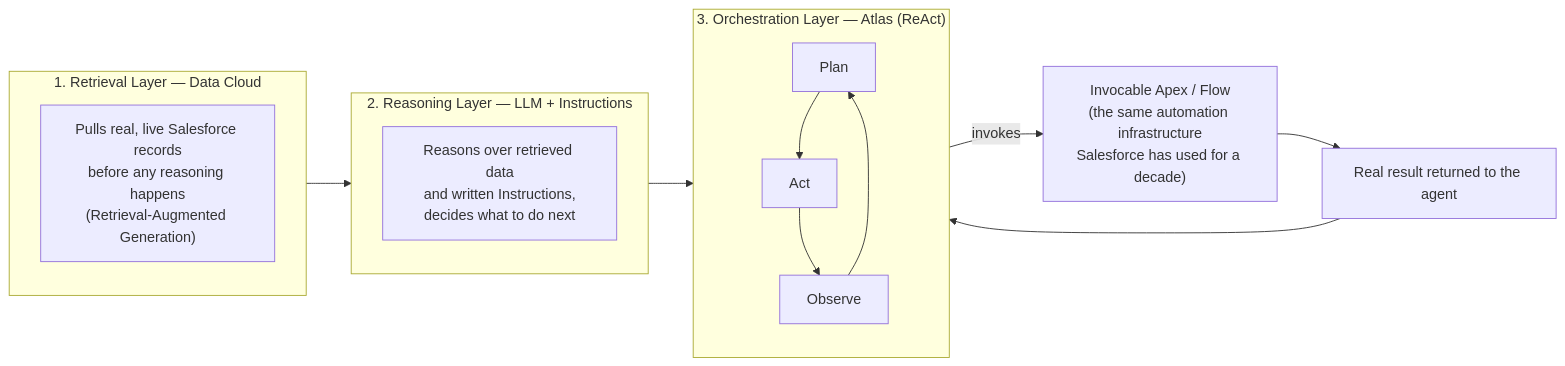
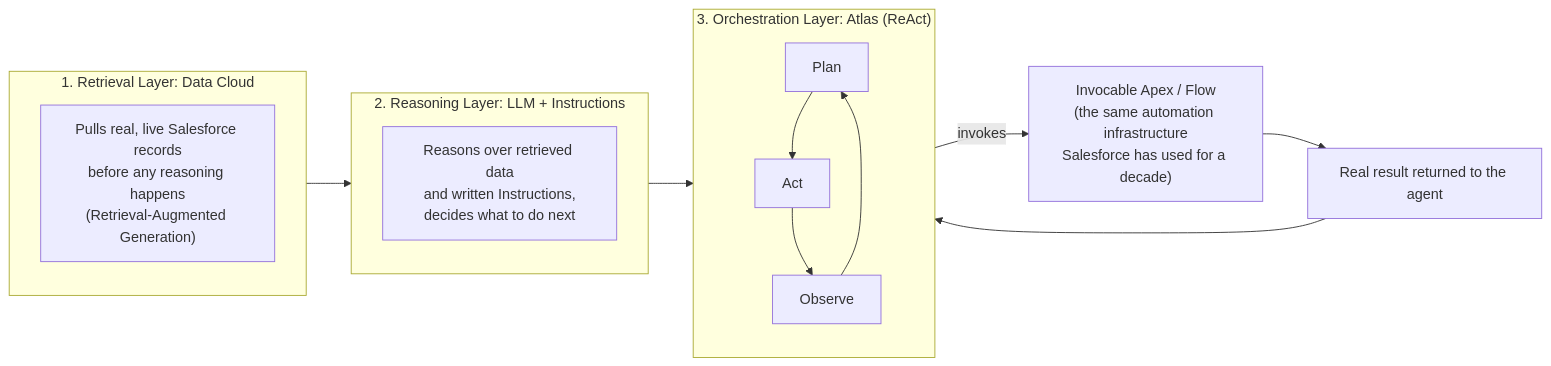
The fourth of 4 diagrams in README.md (zeinebroihii/ecommerce-platform), drawn with Mermaid before and after one commit. The commit also changed other lines of this file, not shown here.

````diff
--- a/README.md
+++ b/README.md
@@ -146,19 +146,19 @@
 ```mermaid
 flowchart LR
-    subgraph Retrieval["1. Retrieval Layer — Data Cloud"]
+    subgraph Retrieval["1. Retrieval Layer: Data Cloud"]
         RAG["Pulls real, live Salesforce records\nbefore any reasoning happens\n(Retrieval-Augmented Generation)"]
     end
 
-    subgraph Reasoning["2. Reasoning Layer — LLM + Instructions"]
+    subgraph Reasoning["2. Reasoning Layer: LLM + Instructions"]
         LLM["Reasons over retrieved data\nand written Instructions,\ndecides what to do next"]
     end
 
-    subgraph Orchestration["3. Orchestration Layer — Atlas (ReAct)"]
+    subgraph Orchestration["3. Orchestration Layer: Atlas (ReAct)"]
         PLAN["Plan"] --> ACT["Act"] --> OBSERVE["Observe"] --> PLAN
     end
 
     Retrieval --> Reasoning --> Orchestration
     Orchestration -- "invokes" --> ACTIONS["Invocable Apex / Flow\n(the same automation infrastructure\nSalesforce has used for a decade)"]
     ACTIONS --> RESULT["Real result returned to the agent"]
     RESULT --> Orchestration
 ```
````
